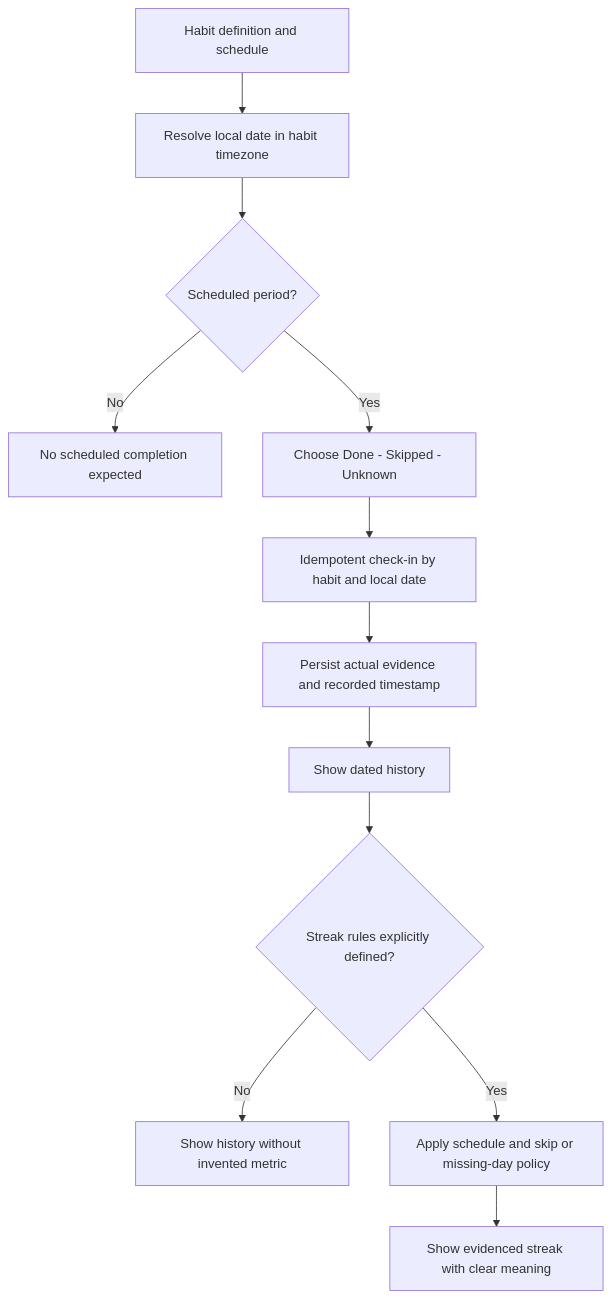
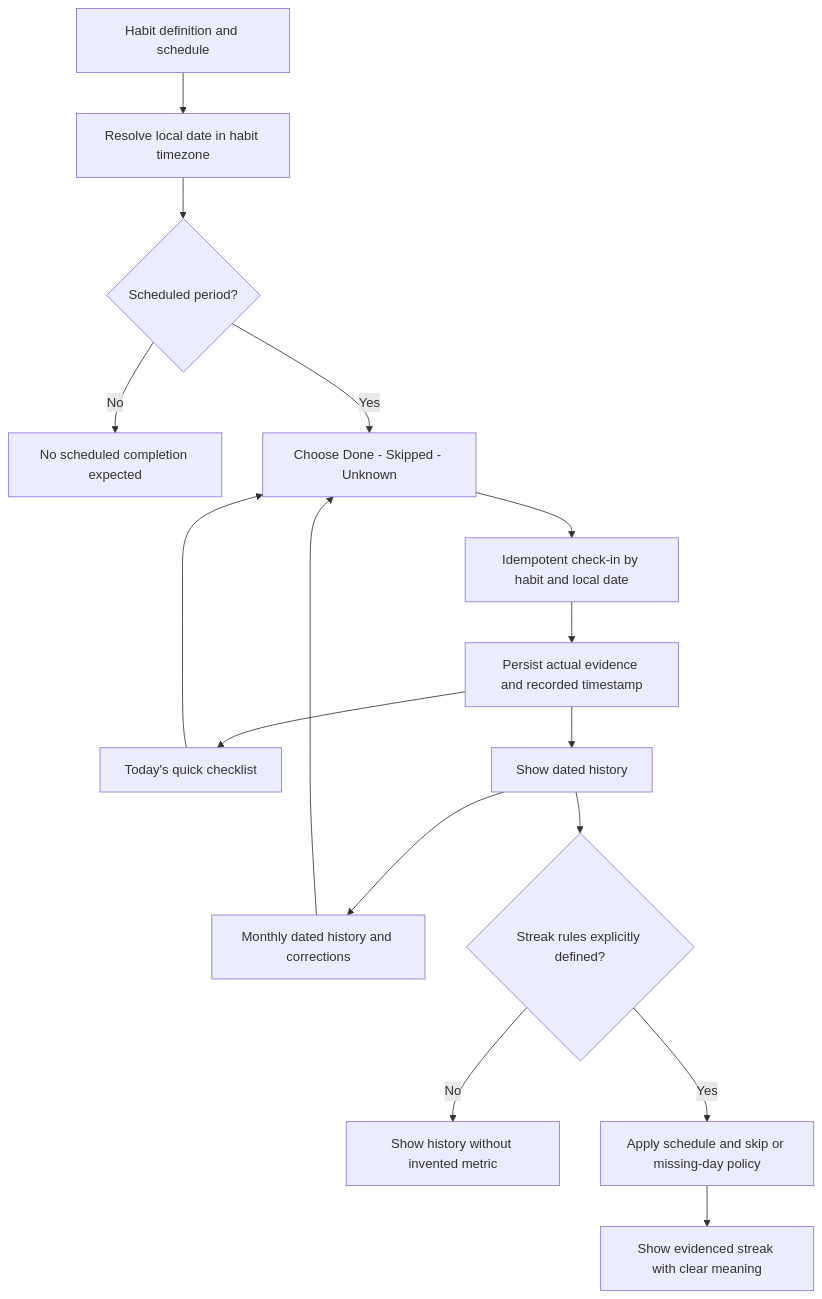
One commit to asymetryk/trapper-keeper-starter changed the diagram in diagrams/05-habit-checkins.mmd. Above: the diagram before and after it, drawn with Mermaid. The commit also changed 26 other files, not shown here.

Commit message:
Document persistent binder configuration and task and journal flows

```diff
--- a/diagrams/05-habit-checkins.mmd
+++ b/diagrams/05-habit-checkins.mmd
@@ -1,12 +1,16 @@
 flowchart TD
   Habit[Habit definition and schedule] --> Day[Resolve local date in habit timezone]
   Day --> Eligible{Scheduled period?}
   Eligible -->|No| NoCheck[No scheduled completion expected]
   Eligible -->|Yes| Log[Choose Done - Skipped - Unknown]
+  Today[Today's quick checklist] --> Log
+  Monthly[Monthly dated history and corrections] --> Log
   Log --> Upsert[Idempotent check-in by habit and local date]
   Upsert --> Evidence[Persist actual evidence and recorded timestamp]
   Evidence --> History[Show dated history]
+  Evidence --> Today
+  History --> Monthly
   History --> Rules{Streak rules explicitly defined?}
   Rules -->|No| NoStreak[Show history without invented metric]
   Rules -->|Yes| Compute[Apply schedule and skip or missing-day policy]
   Compute --> Display[Show evidenced streak with clear meaning]
```
